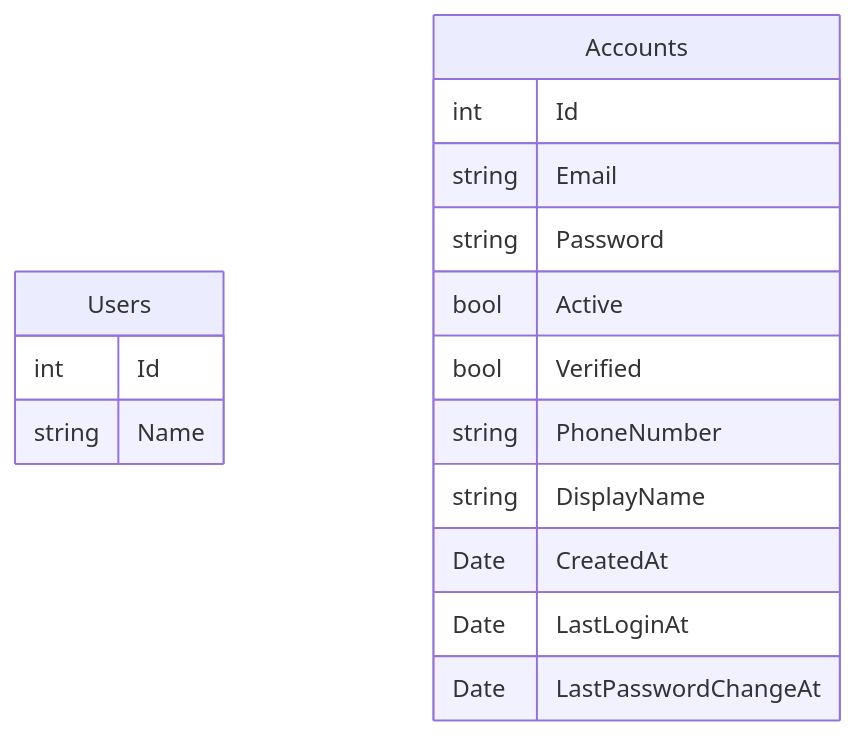
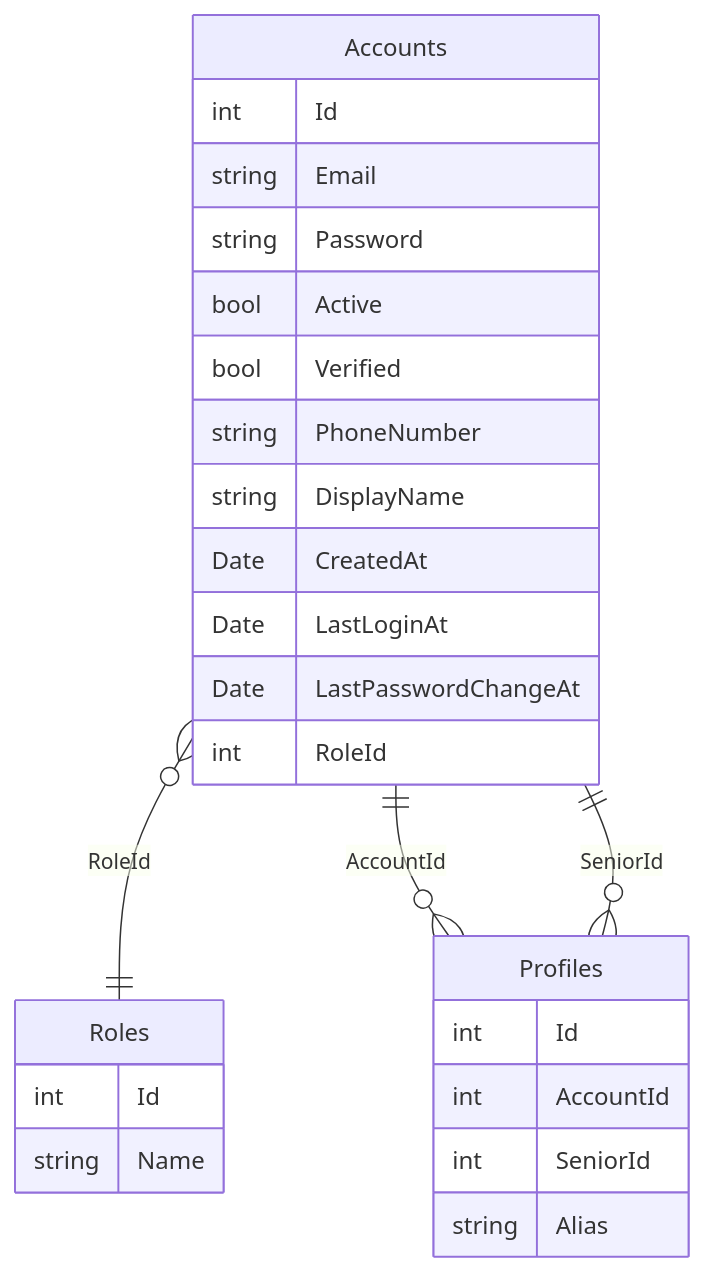
Before and after one commit to zpi-2023/SensoBackend: the diagram in README.md, drawn with Mermaid.

Commit message:
Udpdate db diagram in README

````diff
--- a/README.md
+++ b/README.md
@@ -78,20 +78,32 @@
 ```mermaid
 erDiagram
-    Users {
-        int Id 
-        string Name 
-    }
-
     Accounts {
         int Id
         string Email
         string Password
         bool Active
         bool Verified
         string PhoneNumber
         string DisplayName
         Date CreatedAt
         Date LastLoginAt
         Date LastPasswordChangeAt
+        int RoleId
     }
+
+    Roles {
+        int Id
+        string Name
+    }
+
+    Profiles {
+        int Id
+        int AccountId
+        int SeniorId
+        string Alias
+    }
+
+    Accounts }o--|| Roles : "RoleId"
+    Accounts ||--o{ Profiles : "AccountId"
+    Accounts ||--o{ Profiles : "SeniorId"
 ```
````
